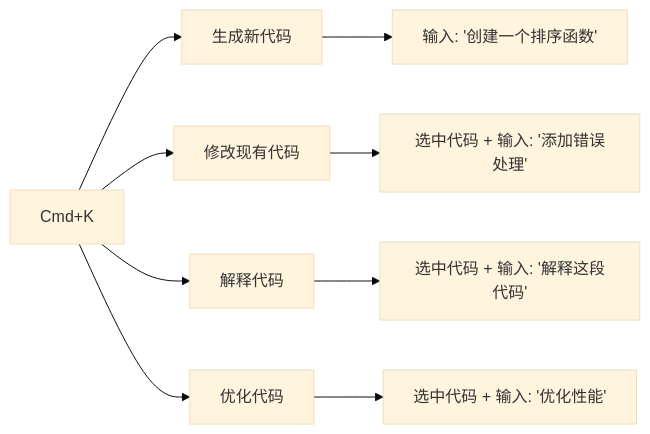
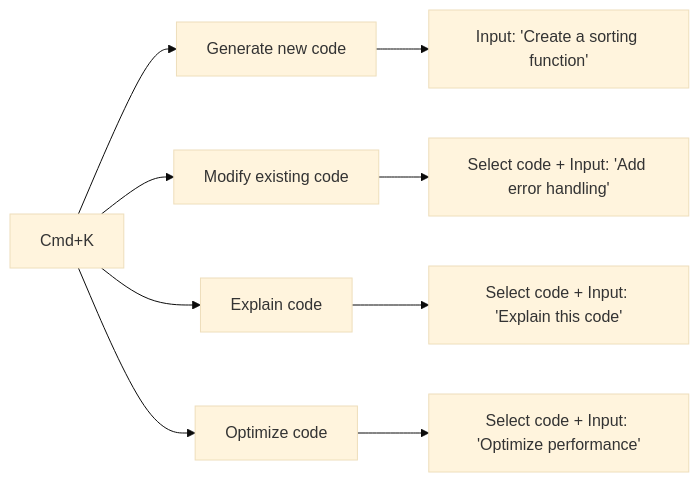
The third of 9 diagrams in 01-shortcuts/README.md (DDR187/cursor-howto), drawn with Mermaid (base theme) before and after one commit. The commit also changed other lines of this file and 22 other files, not shown here.

````diff
--- a/01-shortcuts/README.md
+++ b/01-shortcuts/README.md
@@ -108,12 +108,12 @@
 ```mermaid
 flowchart LR
-    A[Cmd+K] --> B[生成新代码]
-    A --> C[修改现有代码]
-    A --> D[解释代码]
-    A --> E[优化代码]
+    A[Cmd+K] --> B[Generate new code]
+    A --> C[Modify existing code]
+    A --> D[Explain code]
+    A --> E[Optimize code]
     
-    B --> B1["输入: '创建一个排序函数'"]
-    C --> C1["选中代码 + 输入: '添加错误处理'"]
-    D --> D1["选中代码 + 输入: '解释这段代码'"]
-    E --> E1["选中代码 + 输入: '优化性能'"]
+    B --> B1["Input: 'Create a sorting function'"]
+    C --> C1["Select code + Input: 'Add error handling'"]
+    D --> D1["Select code + Input: 'Explain this code'"]
+    E --> E1["Select code + Input: 'Optimize performance'"]
 ```
````
